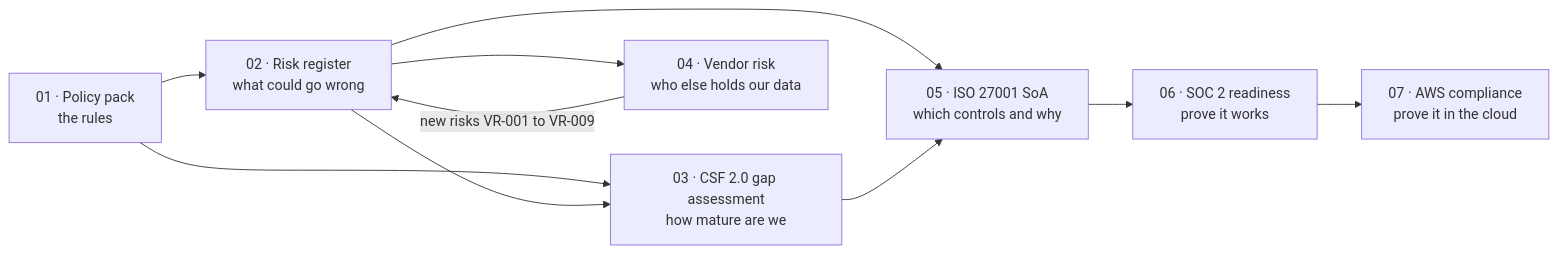
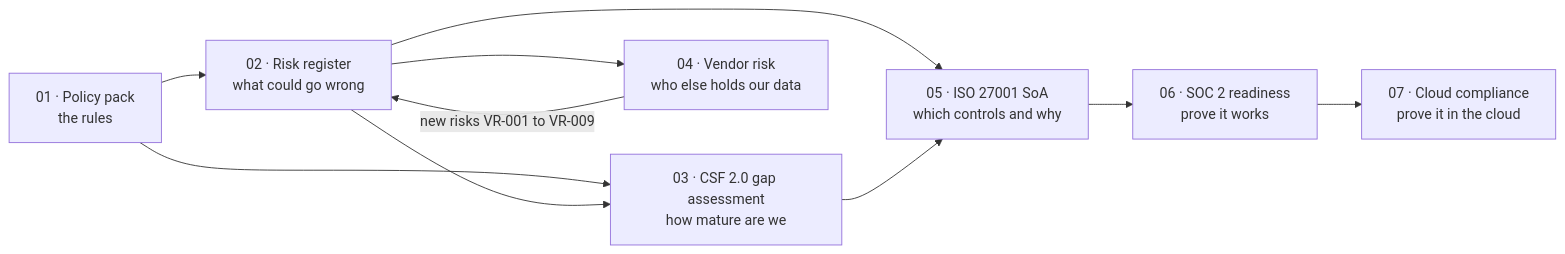
One commit to lushegun/Cypher-Group-Inc-grc-portfolio changed the diagram in README.md. Above: the diagram before and after it, drawn with Mermaid. The commit also changed other lines of this file and 45 other files, not shown here.

````diff
--- a/README.md
+++ b/README.md
@@ -58,12 +58,12 @@
 ```mermaid
 flowchart LR
     P1["01 · Policy pack<br/>the rules"] --> P2["02 · Risk register<br/>what could go wrong"]
     P1 --> P3["03 · CSF 2.0 gap assessment<br/>how mature are we"]
     P2 --> P3
     P2 --> P4["04 · Vendor risk<br/>who else holds our data"]
     P4 -->|new risks VR-001 to VR-009| P2
     P2 --> P5["05 · ISO 27001 SoA<br/>which controls and why"]
     P3 --> P5
     P5 --> P6["06 · SOC 2 readiness<br/>prove it works"]
-    P6 --> P7["07 · AWS compliance<br/>prove it in the cloud"]
+    P6 --> P7["07 · Cloud compliance<br/>prove it in the cloud"]
 ```
````
